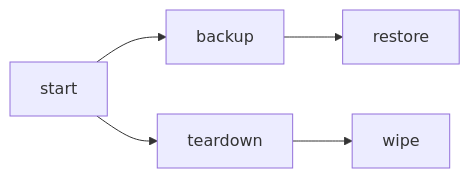
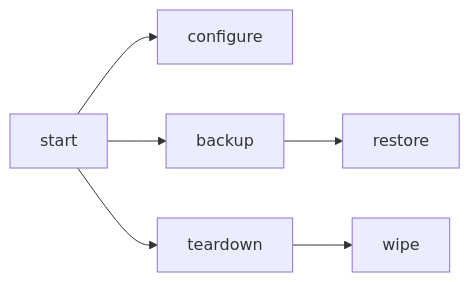
Before and after one commit to LF-Decentralized-Trust-labs/fabric-x-ansible-collection: the diagram in playbooks/awx/README.md, drawn with Mermaid. The commit also changed other lines of this file and 77 other files, not shown here.

````diff
--- a/playbooks/awx/README.md
+++ b/playbooks/awx/README.md
@@ -25,7 +28,8 @@
 ```mermaid
 flowchart LR
-  START[start] --> BACKUP[backup]
+  START[start] --> CONFIGURE[configure]
+  START --> BACKUP[backup]
   BACKUP --> RESTORE[restore]
   START --> TEARDOWN[teardown]
   TEARDOWN --> WIPE[wipe]
 ```
````
